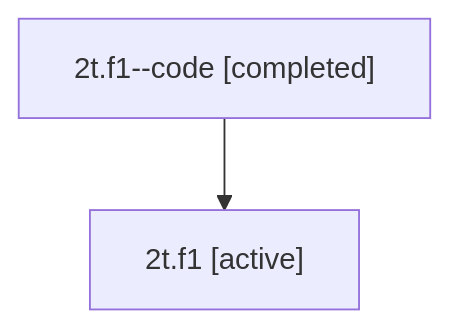
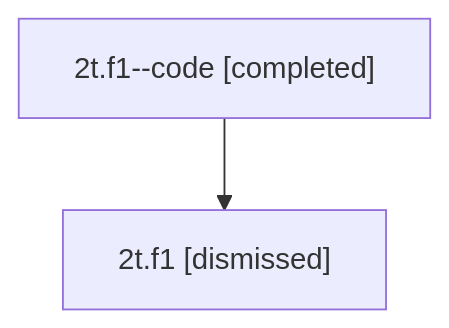
The diagram in sessions/bbugyi200.athena.2t.f1.md (sase-org/sase--agents), drawn with Mermaid before and after one commit. The commit also changed other lines of this file and 33 other files, not shown here.

````diff
--- a/sessions/bbugyi200.athena.2t.f1.md
+++ b/sessions/bbugyi200.athena.2t.f1.md
@@ -9,6 +9,6 @@
 ```mermaid
 flowchart TD
   n0["2t.f1--code [completed]"]
-  n1["2t.f1 [active]"]
+  n1["2t.f1 [dismissed]"]
   n0 --> n1
 ```
````
